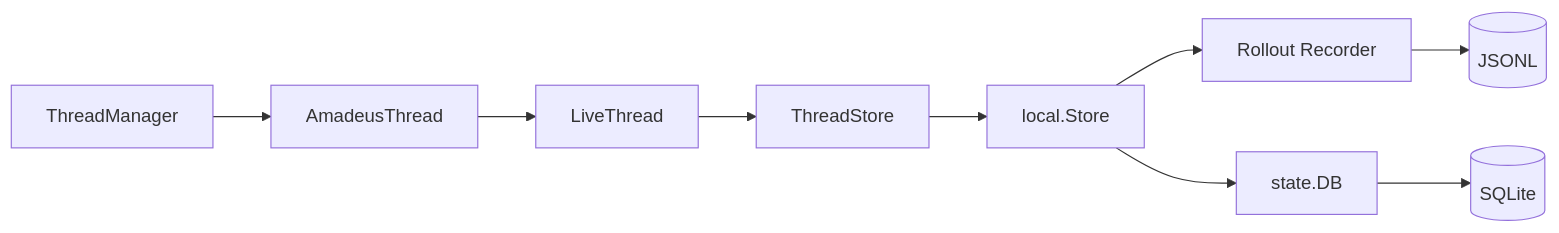
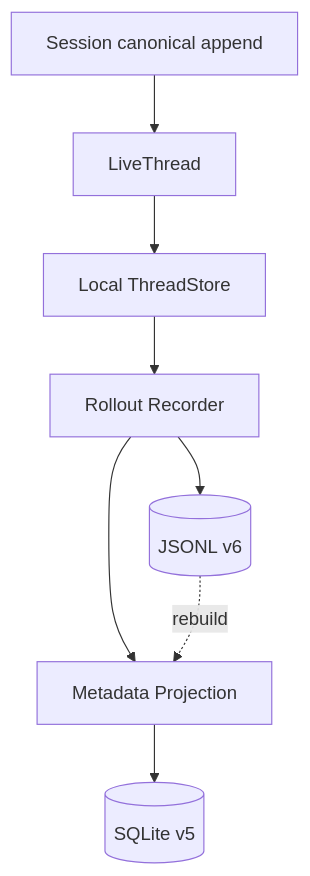
Before and after one commit to Godric-W/Amadeus: the eighth of 43 diagrams in docs/architecture-whitepaper.md, drawn with Mermaid. The commit also changed other lines of this file and 1 other file, not shown here.

````diff
--- a/docs/architecture-whitepaper.md
+++ b/docs/architecture-whitepaper.md
@@ -403,21 +453,14 @@
 ```mermaid
-flowchart LR
-    TM[ThreadManager]
-    AT[AmadeusThread]
-    LT[LiveThread]
-    Store[ThreadStore]
-    Local[local.Store]
-    Rec[Rollout Recorder]
-    JSONL[(JSONL)]
-    State[state.DB]
-    SQLite[(SQLite)]
+flowchart TD
+    Session[Session canonical append]
+    Live[LiveThread]
+    Store[Local ThreadStore]
+    Recorder[Rollout Recorder]
+    JSONL[(JSONL v6)]
+    Project[Metadata Projection]
+    SQLite[(SQLite v5)]
 
-    TM --> AT
-    AT --> LT
-    LT --> Store
-    Store --> Local
-    Local --> Rec
-    Rec --> JSONL
-    Local --> State
-    State --> SQLite
+    Session --> Live --> Store --> Recorder --> JSONL
+    Recorder --> Project --> SQLite
+    JSONL -. rebuild .-> Project
 ```
````
